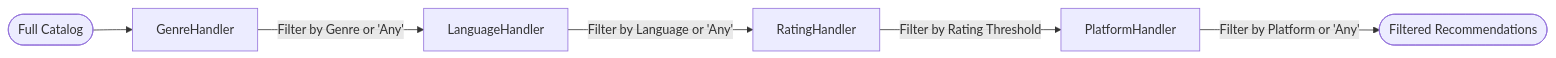
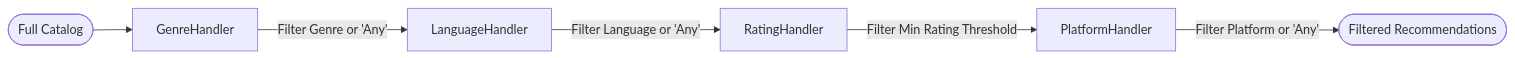
Before and after one commit to sayyadrehan09/DP-Lab: the second of 3 diagrams in README.md, drawn with Mermaid. The commit also changed other lines of this file and 2 other files, not shown here.

````diff
--- a/README.md
+++ b/README.md
@@ -233,8 +251,8 @@
 ```mermaid
 flowchart LR
     In([Full Catalog]) --> G[GenreHandler]
-    G -->|Filter by Genre or 'Any'| L[LanguageHandler]
-    L -->|Filter by Language or 'Any'| R[RatingHandler]
-    R -->|Filter by Rating Threshold| P[PlatformHandler]
-    P -->|Filter by Platform or 'Any'| Out([Filtered Recommendations])
+    G -->|Filter Genre or 'Any'| L[LanguageHandler]
+    L -->|Filter Language or 'Any'| R[RatingHandler]
+    R -->|Filter Min Rating Threshold| P[PlatformHandler]
+    P -->|Filter Platform or 'Any'| Out([Filtered Recommendations])
 ```
````
